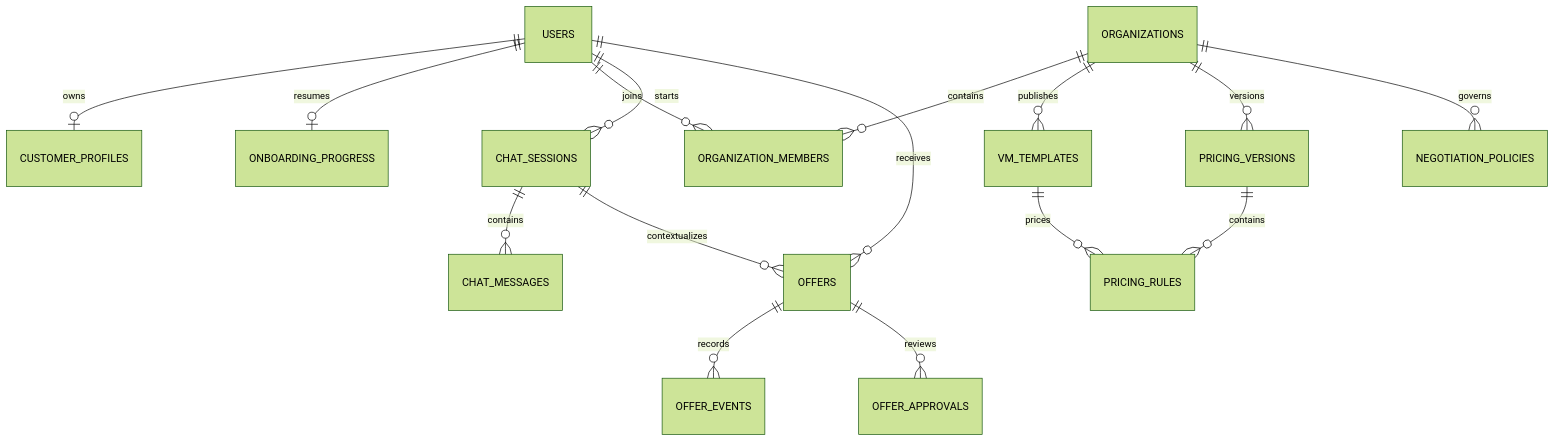
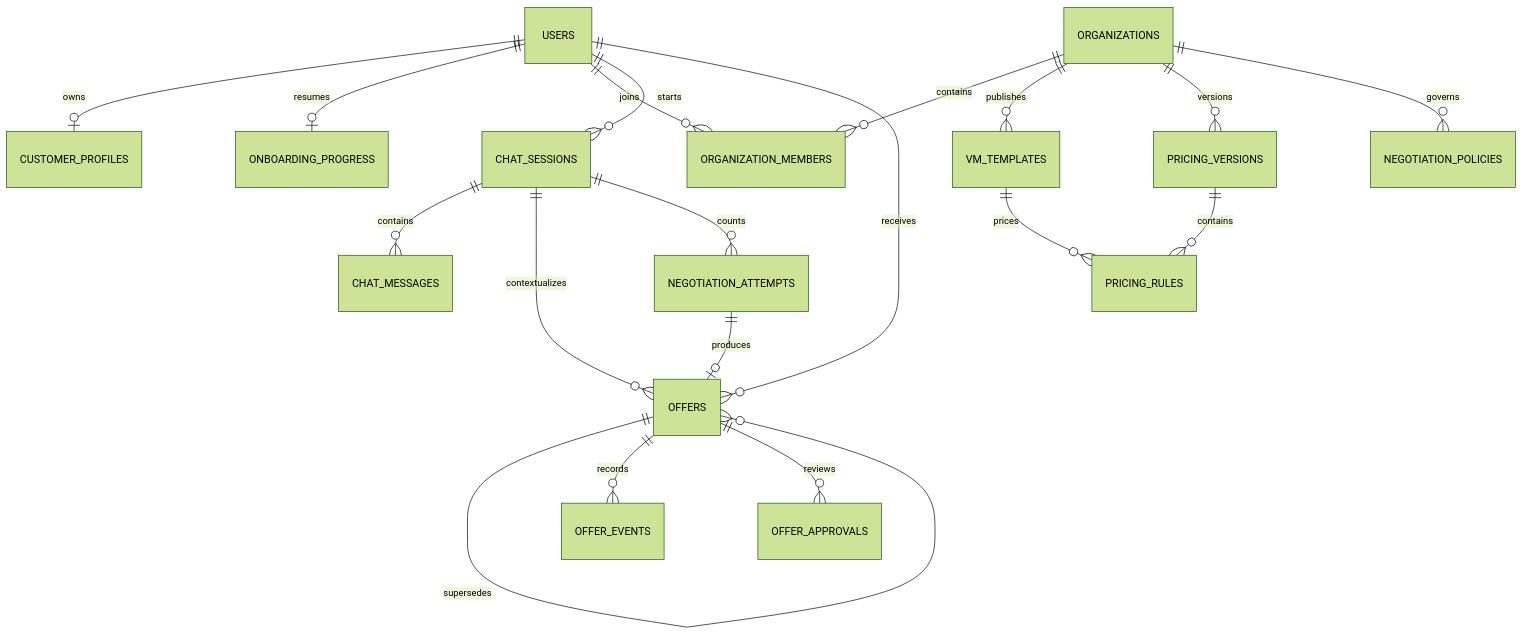
The first of 3 diagrams in docs/database/erd.md (syedshadan99/CloudPilot), drawn with Mermaid (forest theme) before and after one commit. The commit also changed 31 other files, not shown here.

Commit message:
feat(negotiation-offers): implement deterministic offers and expiry [CP-05]

````diff
--- a/docs/database/erd.md
+++ b/docs/database/erd.md
@@ -11,18 +11,21 @@
 ```mermaid
 erDiagram
   USERS ||--o| CUSTOMER_PROFILES : owns
   USERS ||--o| ONBOARDING_PROGRESS : resumes
   USERS ||--o{ ORGANIZATION_MEMBERS : joins
   ORGANIZATIONS ||--o{ ORGANIZATION_MEMBERS : contains
   ORGANIZATIONS ||--o{ VM_TEMPLATES : publishes
   PRICING_VERSIONS ||--o{ PRICING_RULES : contains
   VM_TEMPLATES ||--o{ PRICING_RULES : prices
   ORGANIZATIONS ||--o{ PRICING_VERSIONS : versions
   ORGANIZATIONS ||--o{ NEGOTIATION_POLICIES : governs
   USERS ||--o{ CHAT_SESSIONS : starts
   CHAT_SESSIONS ||--o{ CHAT_MESSAGES : contains
   CHAT_SESSIONS ||--o{ OFFERS : contextualizes
+  CHAT_SESSIONS ||--o{ NEGOTIATION_ATTEMPTS : counts
+  NEGOTIATION_ATTEMPTS ||--o| OFFERS : produces
+  OFFERS ||--o{ OFFERS : supersedes
   USERS ||--o{ OFFERS : receives
   OFFERS ||--o{ OFFER_EVENTS : records
   OFFERS ||--o{ OFFER_APPROVALS : reviews
 ```
````
